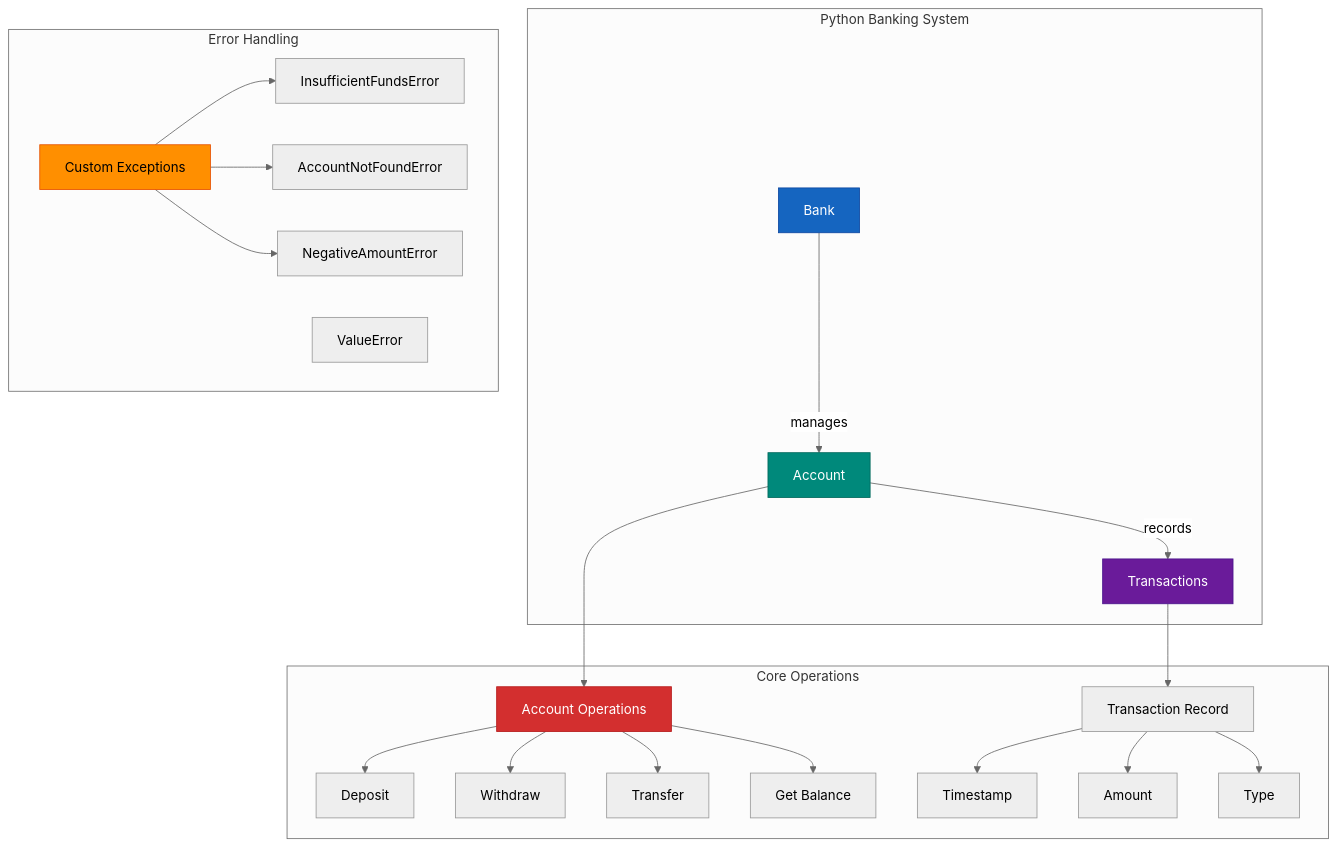
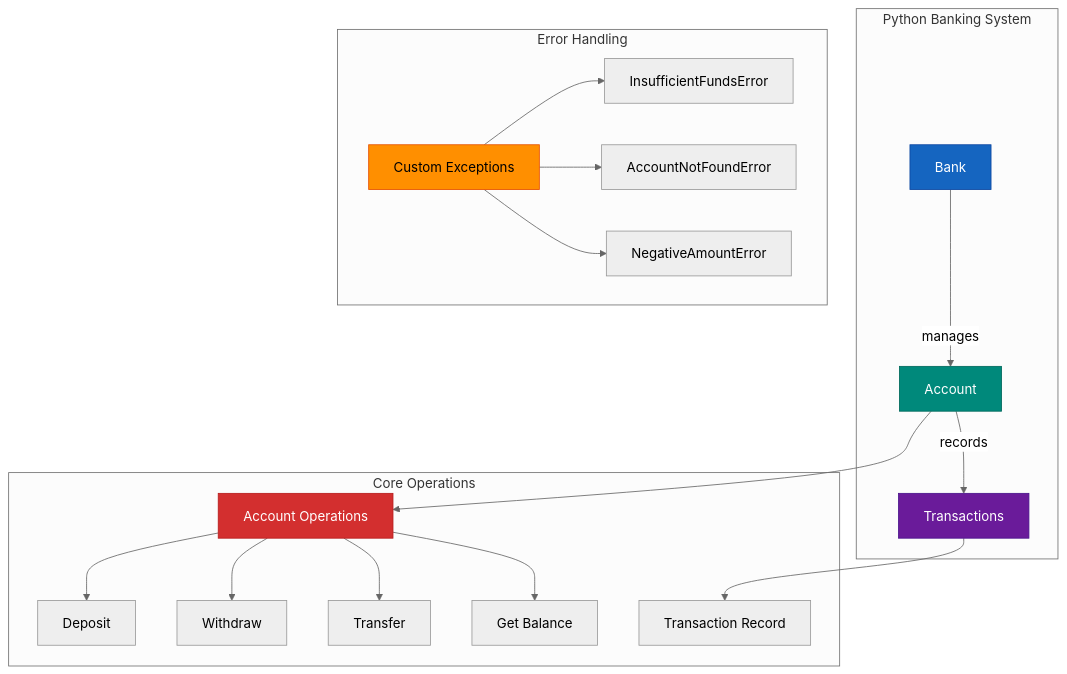
Before and after one commit to WideSu/banking_system_backend: the diagram in README.md, drawn with Mermaid (neutral theme). The commit also changed other lines of this file, not shown here.

````diff
--- a/README.md
+++ b/README.md
@@ -19,38 +26,32 @@
 ```mermaid
-%% System Architecture Diagram for In-Memory Banking System
 graph TD
     subgraph Python_Banking_System["Python Banking System"]
         A[Bank] -->|manages| B[Account]
         B -->|records| C[Transactions]
     end
 
     subgraph Core_Operations["Core Operations"]
         B --> D[Account Operations]
         D --> D1[Deposit]
         D --> D2[Withdraw]
         D --> D3[Transfer]
         D --> D4[Get Balance]
         C --> E[Transaction Record]
-        E --> E1[Timestamp]
-        E --> E2[Amount]
-        E --> E3[Type]
     end
 
     subgraph Error_Handling["Error Handling"]
         F[Custom Exceptions]
-        G[ValueError]
         F --> F1[InsufficientFundsError]
         F --> F2[AccountNotFoundError]
         F --> F3[NegativeAmountError]
     end
 
     %% Styling
     style A fill:#1565C0,stroke:#0D47A1,color:#ffffff
     style B fill:#00897B,stroke:#00695C,color:#ffffff
     style C fill:#6A1B9A,stroke:#4A148C,color:#ffffff
     style D fill:#D32F2F,stroke:#B71C1C,color:#ffffff
     style F fill:#FF8F00,stroke:#E65100,color:#000000
     
-    %% Subgraph styling
     class Python_Banking_System,Core_Operations,Error_Handling fill:#f5f5f5,stroke:#bdbdbd,stroke-width:2px
 ```
````
